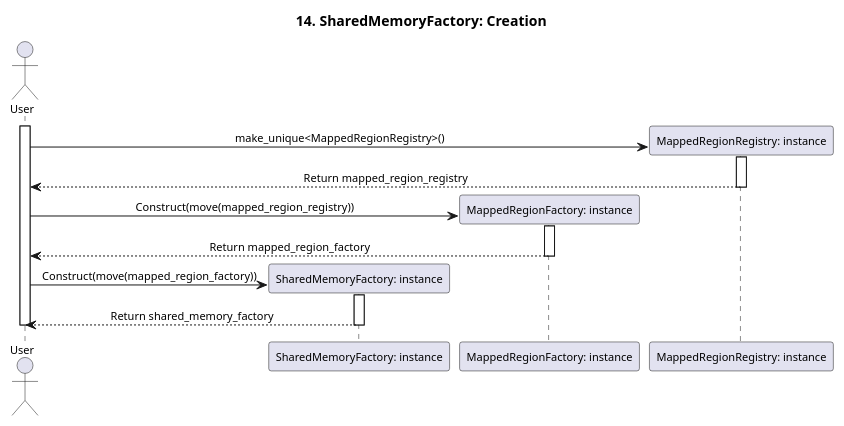
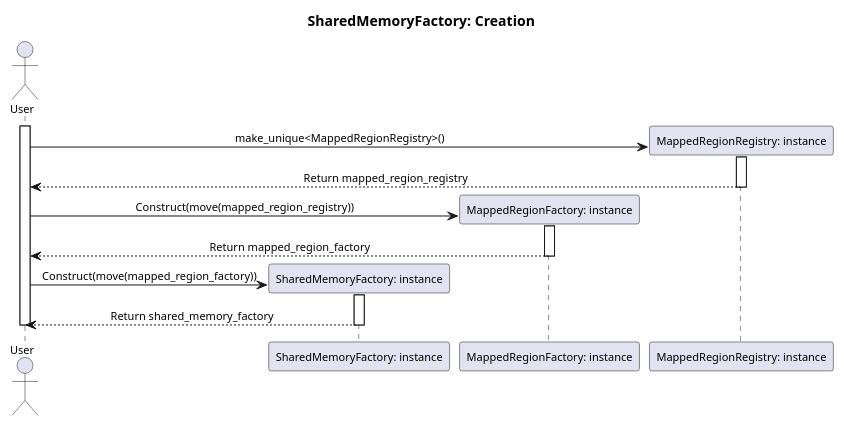
One commit to eclipse-score/communication changed the diagram in score/memory/shared/design/redesign_proposal/assets/seq_14_shared_memory_resource_factory_creation.puml. Above: the diagram before and after it, drawn with PlantUML. The commit also changed 32 other files, not shown here.

Commit message:
Adapt sequences, class diagram and extended README.md

```diff
--- a/score/memory/shared/design/redesign_proposal/assets/seq_14_shared_memory_resource_factory_creation.puml
+++ b/score/memory/shared/design/redesign_proposal/assets/seq_14_shared_memory_resource_factory_creation.puml
@@ -1,103 +1,103 @@
 @startuml seq_14_shared_memory_resource_factory_creation
-title 14. SharedMemoryFactory: Creation
+title SharedMemoryFactory: Creation
 skinparam defaultFontSize 11
 skinparam sequenceMessageAlign center
 
 actor "User" as User
 participant "SharedMemoryFactory: instance" as shared_memory_factory
 ' participant "SharedMemoryResource" as shared_memory_resource
 ' participant "MemoryResourceRegistry <<singleton>>" as memory_resource_registry
 participant "MappedRegionFactory: instance" as mapped_region_factory
 participant "MappedRegionRegistry: instance" as mapped_region_registry
 ' participant "MonotonicAllocationStrategy: instance" as monotonic_allocation_strategy
 ' participant "LockFile: instance" as lock_file
 ' participant "MappedRegionRegistry: memory_region_registry" as memory_region_registry
 ' participant "IMappedRegionRegistry" as i_memory_region_registry
 ' participant "TypedNamedMappedRegion" as mapped_region
 ' participant "OS" as os
 
 activate User
 
 Create mapped_region_registry
 User -> mapped_region_registry : make_unique<MappedRegionRegistry>()
 activate mapped_region_registry
 
 mapped_region_registry --> User : Return mapped_region_registry
 deactivate mapped_region_registry
 
 Create mapped_region_factory
 User -> mapped_region_factory : Construct(move(mapped_region_registry))
 activate mapped_region_factory
 
 mapped_region_factory --> User : Return mapped_region_factory
 deactivate mapped_region_factory
 
 Create shared_memory_factory
 User -> shared_memory_factory : Construct(move(mapped_region_factory))
 activate shared_memory_factory
 
 shared_memory_factory --> User : Return shared_memory_factory
 deactivate shared_memory_factory
 
 ' Create monotonic_allocation_strategy
 ' User -> monotonic_allocation_strategy : Construct()
 ' activate monotonic_allocation_strategy
 
 ' monotonic_allocation_strategy --> User : Return unique_ptr<MonotonicAllocationStrategy>(monotonic_allocation_strategy)
 ' deactivate monotonic_allocation_strategy
 
 ' User -> shared_memory_factory : CreateNamed(InitializeCallback, move(monotonic_allocation_strategy), path, size, perms)
 ' activate shared_memory_factory
 
 ' shared_memory_factory -> mapped_region_factory : CreateNamed(path, size, perms)
 ' activate mapped_region_factory
 
 ' mapped_region_factory --> shared_memory_factory : Return mapped_region: Result<shared_ptr<MappedRegion>>
 ' deactivate mapped_region_factory
 
 ' ' alt returned mapped region contains an error
 ' '     shared_memory_factory --> User : propagate error from mapped_region_factory
 ' ' else
 '     Create shared_memory_resource
 '     shared_memory_factory -> shared_memory_resource : Create(shared_ptr<MappedRegion>(mapped_region), InitializeCallback, move(monotonic_allocation_strategy))
 '     activate shared_memory_resource
 
 '     shared_memory_resource -> shared_memory_resource : Construct ControlBlock in shared memory
 
 '     shared_memory_resource -> monotonic_allocation_strategy : ConstructAllocationSpecificControlBlock(\naddress_after_control_block: span<std::byte>)
 '     activate monotonic_allocation_strategy
 
 '     monotonic_allocation_strategy -> monotonic_allocation_strategy : placement new AllocationSpecificControlBlock \n@ aligned address_after_control_block
 
 '     monotonic_allocation_strategy --> shared_memory_resource
 '     deactivate monotonic_allocation_strategy
 
 '     shared_memory_resource -> shared_memory_resource : Call InitializeCallback
 
 '     shared_memory_resource --> shared_memory_factory : Return shared_memory_resource: Result<shared_ptr<ManagedMemoryResource>>
 '     deactivate shared_memory_resource
 
 '     ' alt shared_memory_resource contains an error
 '     '     shared_memory_factory --> User : propagate error from shared_memory_resource
 '     ' end
 
 '     shared_memory_factory -> memory_resource_registry : Register(shared_ptr<ManagedMemoryResource>(shared_memory_resource))
 '     activate memory_resource_registry
 
 '     memory_resource_registry --> shared_memory_factory
 '     deactivate memory_resource_registry
 
 '     note right of shared_memory_factory
 '         MemoryResourceRegistry::Register has a precondition that the mapped region 
 '         has not already been registered. We already do the duplicate check in the 
 '         MappedRegionFactory, so this precondition should always be satisfied. Otherwise,
 '         we terminate.
 '     end note
 
 '     shared_memory_factory --> User : Return shared_ptr<SharedMemoryResource>
 ' ' end
 
 deactivate shared_memory_factory
 deactivate User
 
 @enduml
```
